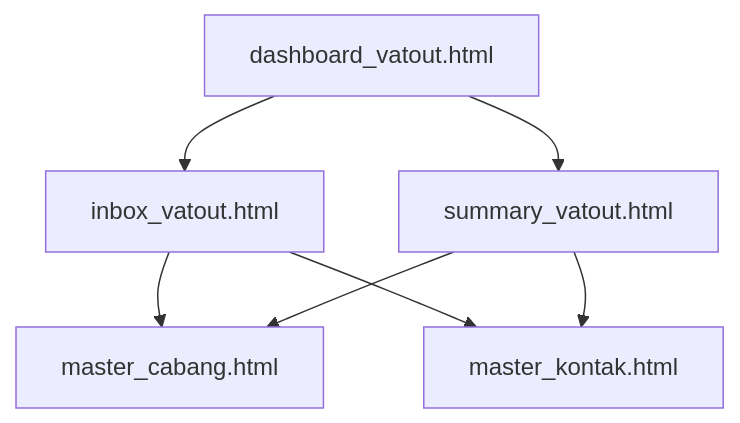
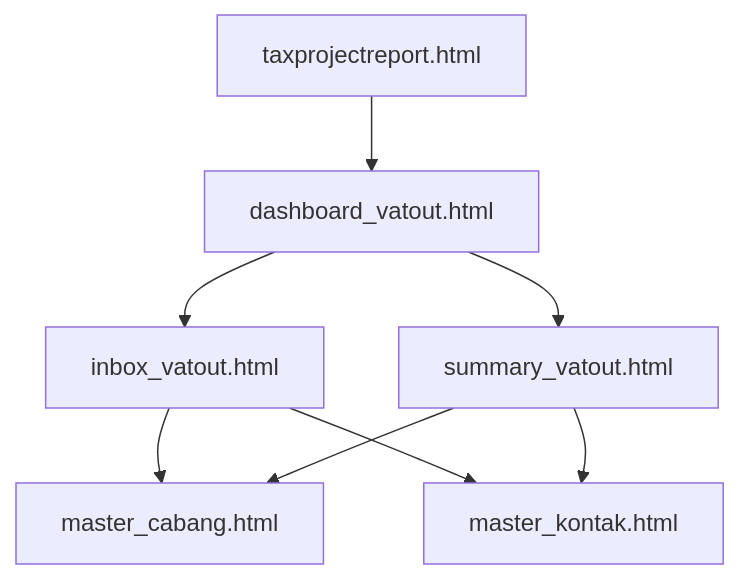
One commit to rendisiagian/TDS_by_RENDISIAGIAN changed the ninth of 10 diagrams in .qoder/repowiki/en/content/VAT Management System/VAT Output (VAT OUT).md. Above: the diagram before and after it, drawn with Mermaid. The commit also changed other lines of this file and 91 other files, not shown here.

````diff
--- a/.qoder/repowiki/en/content/VAT Management System/VAT Output (VAT OUT).md
+++ b/.qoder/repowiki/en/content/VAT Management System/VAT Output (VAT OUT).md
@@ -316,14 +387,16 @@
 ```mermaid
 graph TB
 DSH["dashboard_vatout.html"]
 INBX["inbox_vatout.html"]
 SMRY["summary_vatout.html"]
 MC["master_cabang.html"]
 MK["master_kontak.html"]
+TPR["taxprojectreport.html"]
 DSH --> INBX
 DSH --> SMRY
 INBX --> MC
 INBX --> MK
 SMRY --> MC
 SMRY --> MK
+TPR --> DSH
 ```
````
